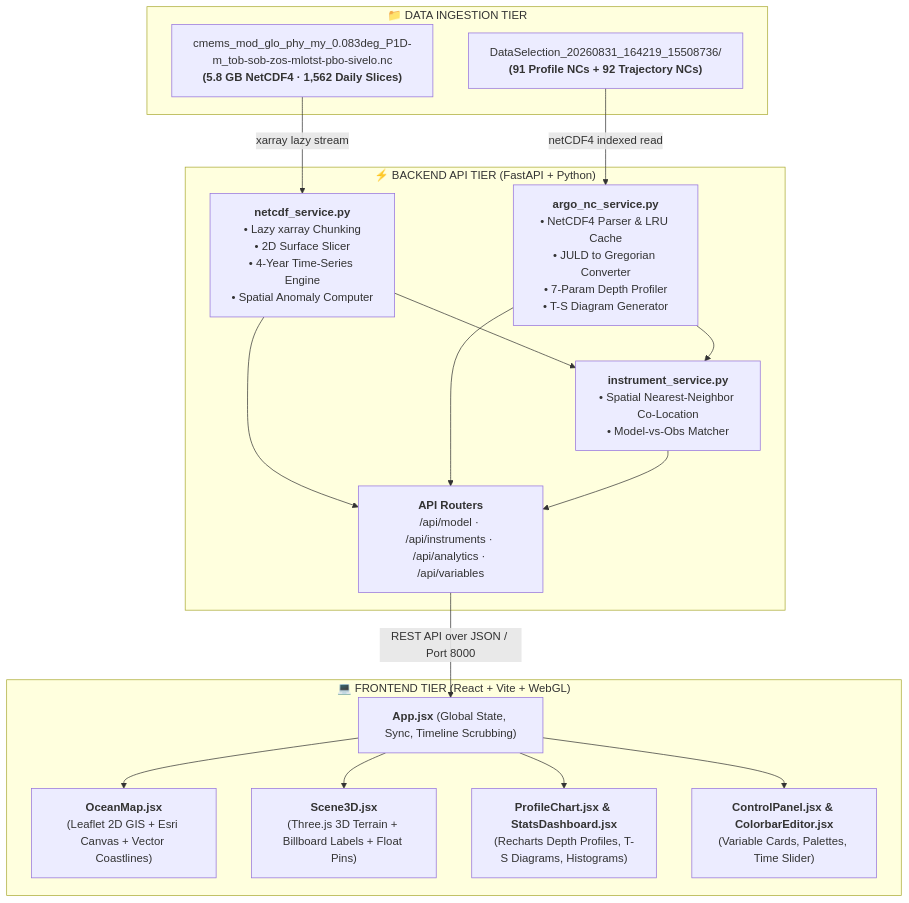
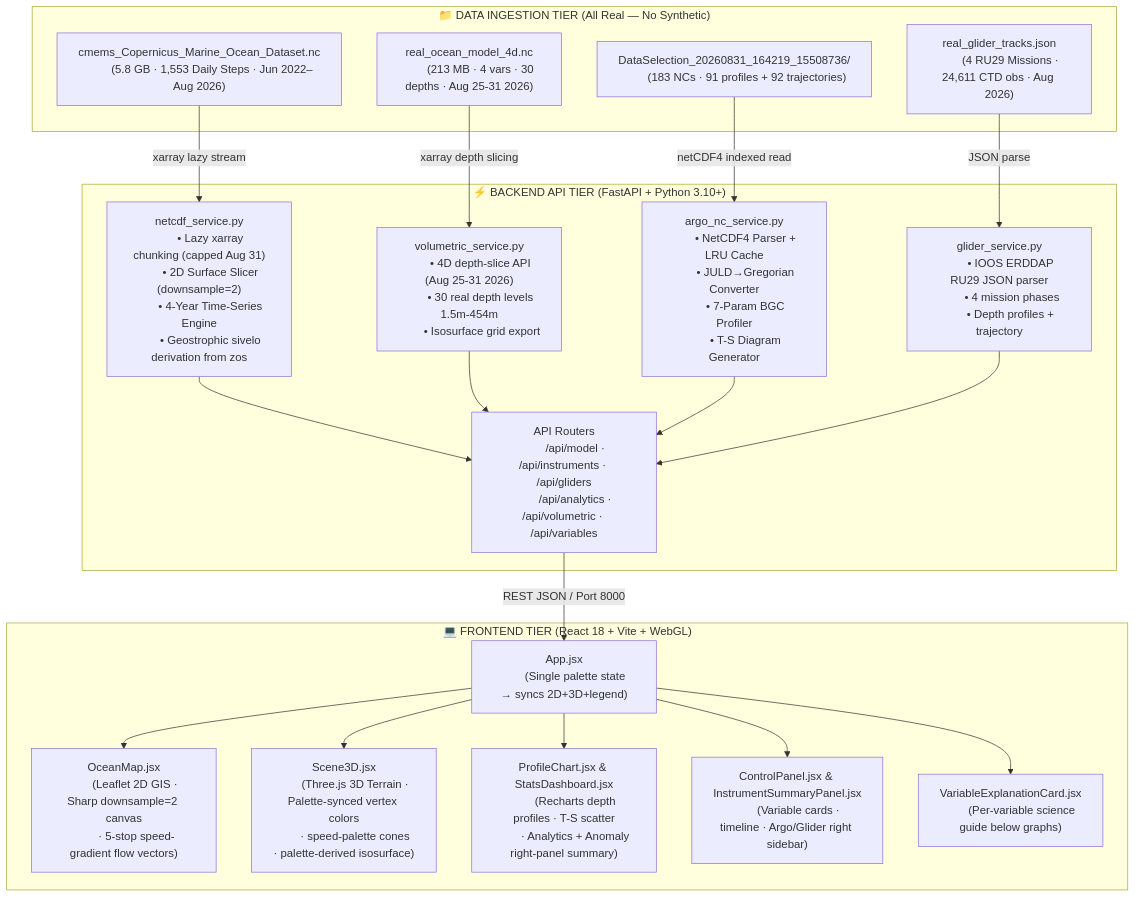
The diagram in README.md (RutuRaj-1/Sagar_Drishti), drawn with Mermaid before and after one commit. The commit also changed other lines of this file and 1 other file, not shown here.

Commit message:
Updated README.md and PROJECT.md with complete August 2026 data, glider missions, sivelo derivation, 2D/3D palette sync, and full architecture docs

````diff
--- a/README.md
+++ b/README.md
@@ -105,33 +138,63 @@
 ```mermaid
 graph TD
-    subgraph Data_Layer ["📁 DATA INGESTION TIER"]
-        NC1["cmems_mod_glo_phy_my_0.083deg_P1D-m_tob-sob-zos-mlotst-pbo-sivelo.nc<br/><b>(5.8 GB NetCDF4 · 1,562 Daily Slices)</b>"]
-        NC2["DataSelection_20260831_164219_15508736/<br/><b>(91 Profile NCs + 92 Trajectory NCs)</b>"]
+    subgraph Data_Layer ["📁 DATA INGESTION TIER (All Real — No Synthetic)"]
+        NC1["cmems_Copernicus_Marine_Ocean_Dataset.nc
+        (5.8 GB · 1,553 Daily Steps · Jun 2022–Aug 2026)"]
+        NC2["real_ocean_model_4d.nc
+        (213 MB · 4 vars · 30 depths · Aug 25-31 2026)"]
+        NC3["DataSelection_20260831_164219_15508736/
+        (183 NCs · 91 profiles + 92 trajectories)"]
+        NC4["real_glider_tracks.json
+        (4 RU29 Missions · 24,611 CTD obs · Aug 2026)"]
     end
 
-    subgraph Backend_Tier ["⚡ BACKEND API TIER (FastAPI + Python)"]
-        NCS["<b>netcdf_service.py</b><br/>• Lazy xarray Chunking<br/>• 2D Surface Slicer<br/>• 4-Year Time-Series Engine<br/>• Spatial Anomaly Computer"]
-        ACS["<b>argo_nc_service.py</b><br/>• NetCDF4 Parser & LRU Cache<br/>• JULD to Gregorian Converter<br/>• 7-Param Depth Profiler<br/>• T-S Diagram Generator"]
-        INS["<b>instrument_service.py</b><br/>• Spatial Nearest-Neighbor Co-Location<br/>• Model-vs-Obs Matcher"]
-        
-        ROUTERS["<b>API Routers</b><br/>/api/model · /api/instruments · /api/analytics · /api/variables"]
+    subgraph Backend_Tier ["⚡ BACKEND API TIER (FastAPI + Python 3.10+)"]
+        NCS["netcdf_service.py
+        • Lazy xarray chunking (capped Aug 31)
+        • 2D Surface Slicer (downsample=2)
+        • 4-Year Time-Series Engine
+        • Geostrophic sivelo derivation from zos"]
+        VS["volumetric_service.py
+        • 4D depth-slice API (Aug 25-31 2026)
+        • 30 real depth levels 1.5m-454m
+        • Isosurface grid export"]
+        ACS["argo_nc_service.py
+        • NetCDF4 Parser + LRU Cache
+        • JULD→Gregorian Converter
+        • 7-Param BGC Profiler
+        • T-S Diagram Generator"]
+        GS["glider_service.py
+        • IOOS ERDDAP RU29 JSON parser
+        • 4 mission phases
+        • Depth profiles + trajectory"]
+        ROUTERS["API Routers
+        /api/model · /api/instruments · /api/gliders
+        /api/analytics · /api/volumetric · /api/variables"]
     end
 
-    subgraph Frontend_Tier ["💻 FRONTEND TIER (React + Vite + WebGL)"]
-        APP["<b>App.jsx</b> (Global State, Sync, Timeline Scrubbing)"]
-        MAP2D["<b>OceanMap.jsx</b><br/>(Leaflet 2D GIS + Esri Canvas + Vector Coastlines)"]
-        SCENE3D["<b>Scene3D.jsx</b><br/>(Three.js 3D Terrain + Billboard Labels + Float Pins)"]
-        CHARTS["<b>ProfileChart.jsx & StatsDashboard.jsx</b><br/>(Recharts Depth Profiles, T-S Diagrams, Histograms)"]
-        PANEL["<b>ControlPanel.jsx & ColorbarEditor.jsx</b><br/>(Variable Cards, Palettes, Time Slider)"]
+    subgraph Frontend_Tier ["💻 FRONTEND TIER (React 18 + Vite + WebGL)"]
+        APP["App.jsx
+        (Single palette state → syncs 2D+3D+legend)"]
+        MAP2D["OceanMap.jsx
+        (Leaflet 2D GIS · Sharp downsample=2 canvas
+        · 5-stop speed-gradient flow vectors)"]
+        SCENE3D["Scene3D.jsx
+        (Three.js 3D Terrain · Palette-synced vertex colors
+        · speed-palette cones · palette-derived isosurface)"]
+        CHARTS["ProfileChart.jsx & StatsDashboard.jsx
+        (Recharts depth profiles · T-S scatter
+        · Analytics + Anomaly right-panel summary)"]
+        PANEL["ControlPanel.jsx & InstrumentSummaryPanel.jsx
+        (Variable cards · timeline · Argo/Glider right sidebar)"]
+        EXPLAINER["VariableExplanationCard.jsx
+        (Per-variable science guide below graphs)"]
     end
 
     NC1 -->|xarray lazy stream| NCS
-    NC2 -->|netCDF4 indexed read| ACS
-    NCS & ACS --> INS
-    NCS & ACS & INS --> ROUTERS
-    ROUTERS -->|REST API over JSON / Port 8000| APP
-    APP --> MAP2D
-    APP --> SCENE3D
-    APP --> CHARTS
-    APP --> PANEL
+    NC2 -->|xarray depth slicing| VS
+    NC3 -->|netCDF4 indexed read| ACS
+    NC4 -->|JSON parse| GS
+    NCS & VS & ACS & GS --> ROUTERS
+    ROUTERS -->|REST JSON / Port 8000| APP
+    APP --> MAP2D & SCENE3D & CHARTS & PANEL & EXPLAINER
 ```
````
